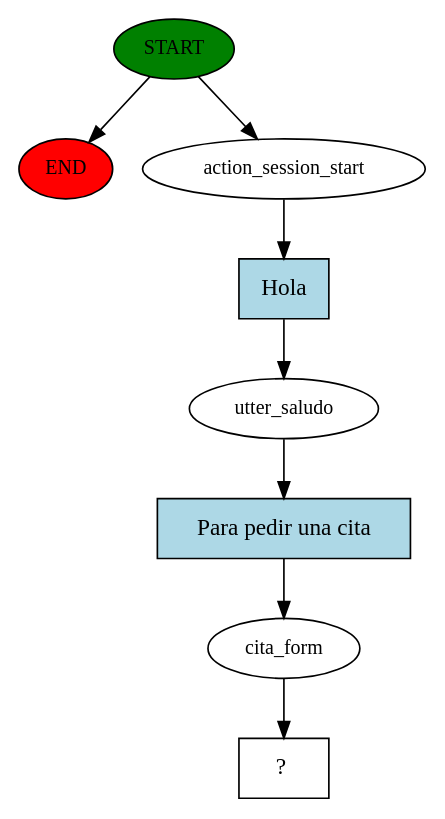
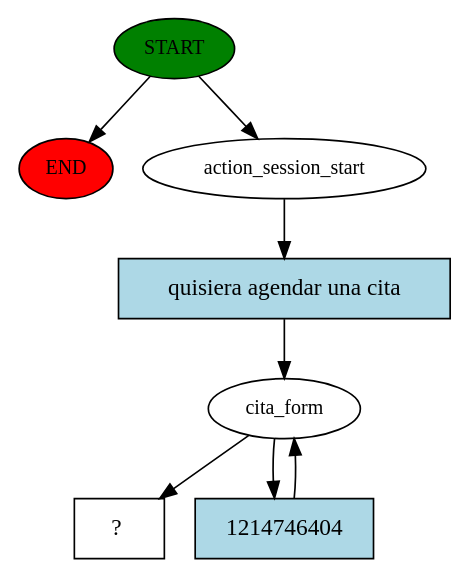
One commit to svalenciaaq/Bot-Rasa changed the diagram in story_graph.dot. Above: the diagram before and after it, drawn with Graphviz. The commit also changed 12 other files, not shown here.

```diff
--- a/story_graph.dot
+++ b/story_graph.dot
@@ -1,17 +1,16 @@
 digraph  {
 0 [class="start active", fillcolor=green, fontsize=12, label=START, style=filled];
 "-1" [class=end, fillcolor=red, fontsize=12, label=END, style=filled];
 1 [class=active, fontsize=12, label=action_session_start];
-2 [class=active, fontsize=12, label=utter_saludo];
-3 [class=active, fontsize=12, label=cita_form];
+2 [class=active, fontsize=12, label=cita_form];
 4 [class="intent dashed active", label="  ?  ", shape=rect];
-5 [class="intent active", fillcolor=lightblue, label=Hola, shape=rect, style=filled];
-6 [class="intent active", fillcolor=lightblue, label="Para pedir una cita", shape=rect, style=filled];
+5 [class="intent active", fillcolor=lightblue, label="quisiera agendar una cita", shape=rect, style=filled];
+6 [class="intent active", fillcolor=lightblue, label=1214746404, shape=rect, style=filled];
 0 -> "-1"  [class="", key=NONE, label=""];
 0 -> 1  [class=active, key=NONE, label=""];
 1 -> 5  [class=active, key=0];
+2 -> 4  [class=active, key=NONE, label=""];
 2 -> 6  [class=active, key=0];
-3 -> 4  [class=active, key=NONE, label=""];
 5 -> 2  [class=active, key=0];
-6 -> 3  [class=active, key=0];
+6 -> 2  [class=active, key=0];
 }
```
